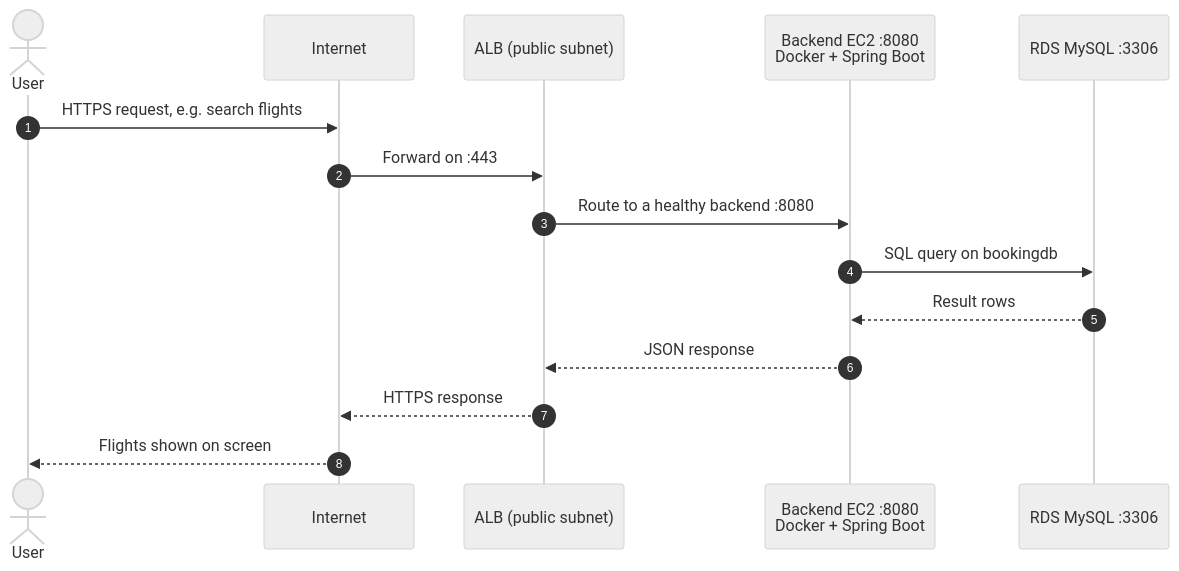
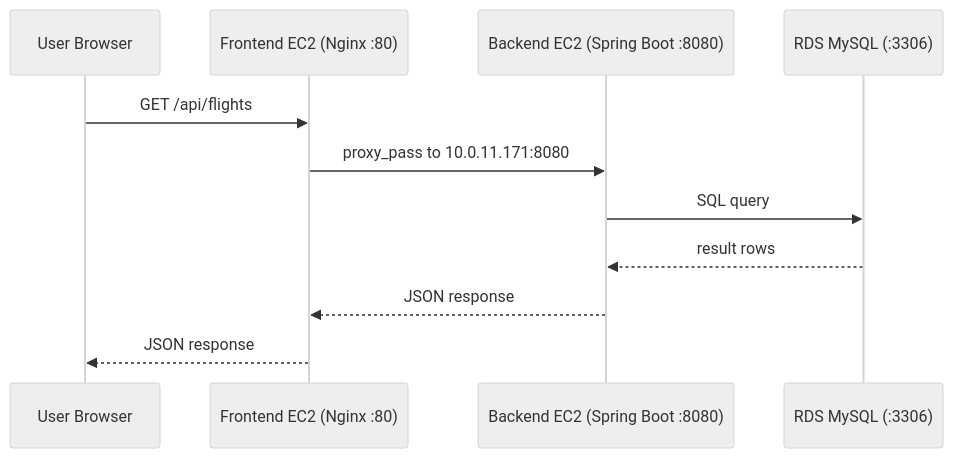
The second of 3 diagrams in RUNBOOK.md (ajaydhadi95-gif/FlightFinder-Application_backend), drawn with Mermaid (neutral theme) before and after one commit. The commit also changed other lines of this file, not shown here.

````diff
--- a/RUNBOOK.md
+++ b/RUNBOOK.md
@@ -130,18 +85,14 @@
 ```mermaid
 sequenceDiagram
-    autonumber
-    actor U as User
-    participant I as Internet
-    participant A as ALB (public subnet)
-    participant B as Backend EC2 :8080<br/>Docker + Spring Boot
-    participant D as RDS MySQL :3306
+    participant U as User Browser
+    participant F as Frontend EC2 (Nginx :80)
+    participant B as Backend EC2 (Spring Boot :8080)
+    participant D as RDS MySQL (:3306)
 
-    U->>I: HTTPS request, e.g. search flights
-    I->>A: Forward on :443
-    A->>B: Route to a healthy backend :8080
-    B->>D: SQL query on bookingdb
-    D-->>B: Result rows
-    B-->>A: JSON response
-    A-->>I: HTTPS response
-    I-->>U: Flights shown on screen
+    U->>F: GET /api/flights
+    F->>B: proxy_pass to 10.0.11.171:8080
+    B->>D: SQL query
+    D-->>B: result rows
+    B-->>F: JSON response
+    F-->>U: JSON response
 ```
````
